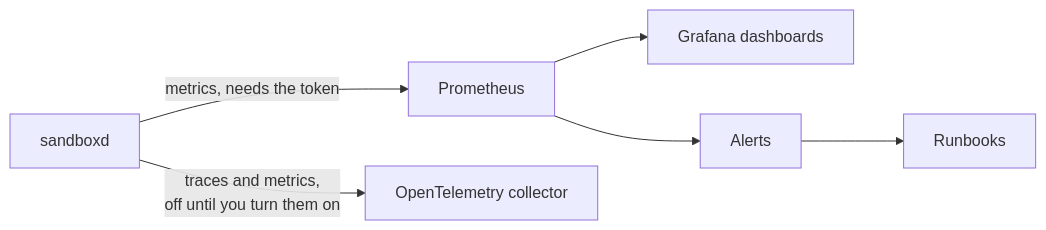
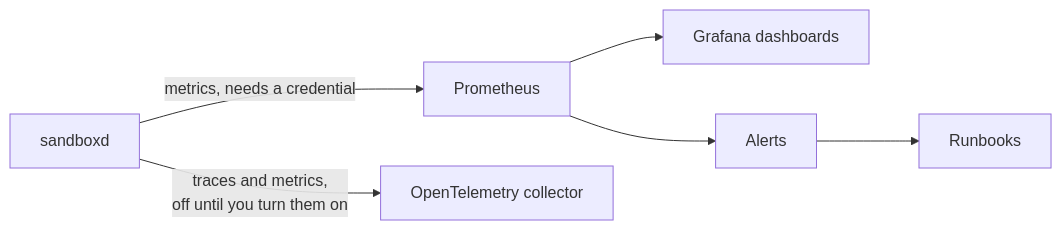
Diagram 13 of 14 in docs/src/content/docs/engineering-security-overview.mdx (aerol-ai/microvm), drawn with Mermaid before and after one commit. The commit also changed other lines of this file and 15 other files, not shown here.

````diff
--- a/docs/src/content/docs/engineering-security-overview.mdx
+++ b/docs/src/content/docs/engineering-security-overview.mdx
@@ -425,7 +427,7 @@
 ```mermaid
 flowchart LR
-    S["sandboxd"] -- "metrics, needs the token" --> P["Prometheus"]
+    S["sandboxd"] -- "metrics, needs a credential" --> P["Prometheus"]
     S -- "traces and metrics,<br/>off until you turn them on" --> O["OpenTelemetry collector"]
     P --> G["Grafana dashboards"]
     P --> A["Alerts"] --> R["Runbooks"]
 ```
````
